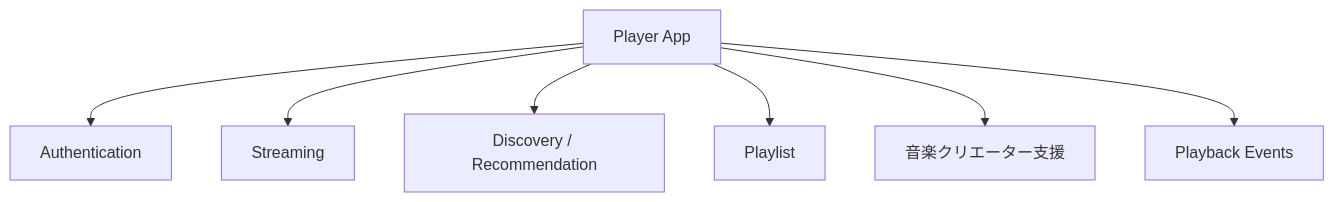
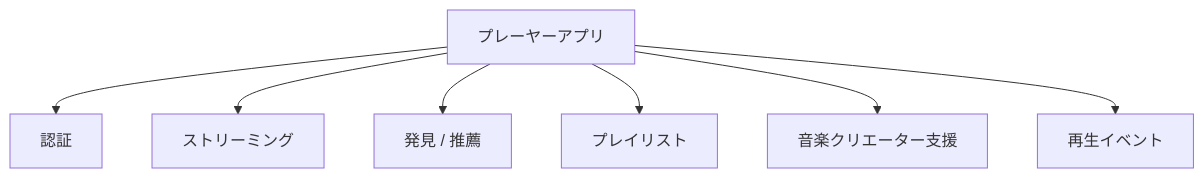
One commit to ShigeichiroYamasaki/creator-first-platform changed the fourth of 27 diagrams in docs/whitepaper/04-platform-architecture.md. Above: the diagram before and after it, drawn with Mermaid. The commit also changed other lines of this file and 72 other files, not shown here.

````diff
--- a/docs/whitepaper/04-platform-architecture.md
+++ b/docs/whitepaper/04-platform-architecture.md
@@ -158,11 +158,11 @@
 ```mermaid
 flowchart TD
-    PLAYER[Player App]
+    PLAYER[プレーヤーアプリ]
 
-    PLAYER --> AUTH[Authentication]
-    PLAYER --> STREAM[Streaming]
-    PLAYER --> DISC[Discovery / Recommendation]
-    PLAYER --> LIST[Playlist]
+    PLAYER --> AUTH[認証]
+    PLAYER --> STREAM[ストリーミング]
+    PLAYER --> DISC[発見 / 推薦]
+    PLAYER --> LIST[プレイリスト]
     PLAYER --> SUPPORT[音楽クリエーター支援]
-    PLAYER --> EVENT[Playback Events]
+    PLAYER --> EVENT[再生イベント]
 ```
````
